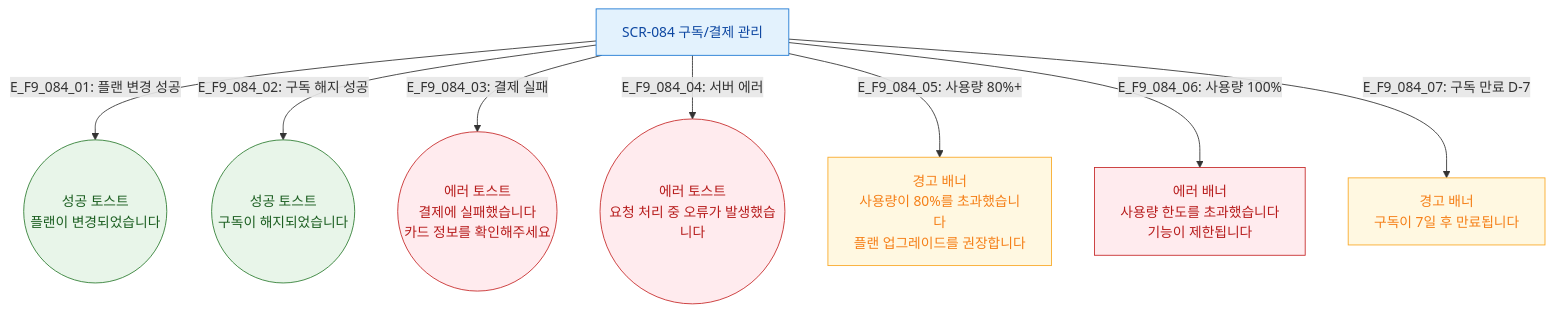
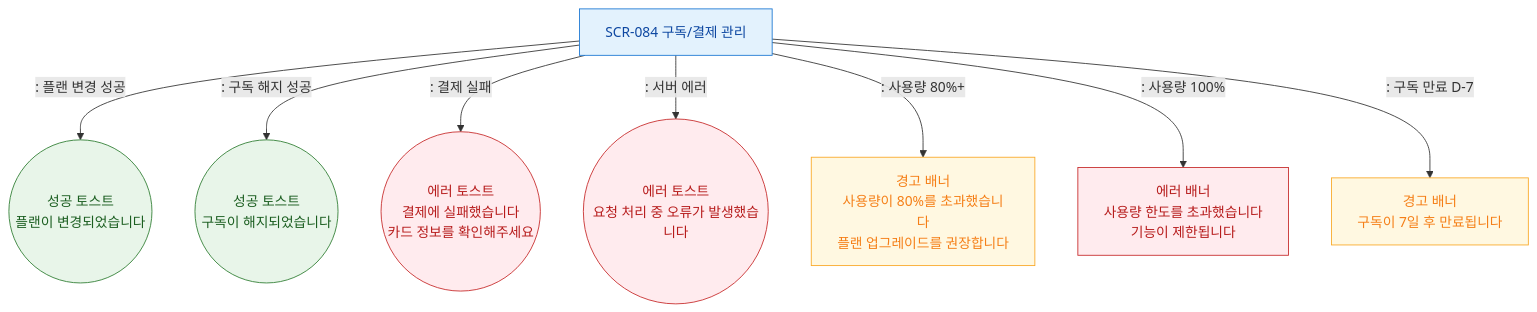
Before and after one commit to dev-spogym/admin-pando: the diagram in docs/다이어그램/D09_설정관리/SCR-084_구독결제관리/F9_토스트피드백.md, drawn with Mermaid. The commit also changed other lines of this file and 1660 other files, not shown here.

First line of the commit message:
다이어그램: 기획자/클라이언트 납품본으로 정리

````diff
--- a/docs/다이어그램/D09_설정관리/SCR-084_구독결제관리/F9_토스트피드백.md
+++ b/docs/다이어그램/D09_설정관리/SCR-084_구독결제관리/F9_토스트피드백.md
@@ -14,21 +12,21 @@
 ```mermaid
 flowchart TD
     SCR084[SCR-084 구독/결제 관리]
 
-    SCR084 -->|"E_F9_084_01: 플랜 변경 성공"| FB_PlanOK((성공 토스트\n플랜이 변경되었습니다))
-    SCR084 -->|"E_F9_084_02: 구독 해지 성공"| FB_CancelOK((성공 토스트\n구독이 해지되었습니다))
-    SCR084 -->|"E_F9_084_03: 결제 실패"| FB_PayErr((에러 토스트\n결제에 실패했습니다\n카드 정보를 확인해주세요))
-    SCR084 -->|"E_F9_084_04: 서버 에러"| FB_ServerErr((에러 토스트\n요청 처리 중 오류가 발생했습니다))
-    SCR084 -->|"E_F9_084_05: 사용량 80%+"| FB_UsageWarn[경고 배너\n사용량이 80%를 초과했습니다\n플랜 업그레이드를 권장합니다]
-    SCR084 -->|"E_F9_084_06: 사용량 100%"| FB_UsageMax[에러 배너\n사용량 한도를 초과했습니다\n기능이 제한됩니다]
-    SCR084 -->|"E_F9_084_07: 구독 만료 D-7"| FB_ExpireWarn[경고 배너\n구독이 7일 후 만료됩니다]
+    SCR084 -->|": 플랜 변경 성공"|FB_PlanOK((성공 토스트\n플랜이 변경되었습니다))
+    SCR084 -->|": 구독 해지 성공"|FB_CancelOK((성공 토스트\n구독이 해지되었습니다))
+    SCR084 -->|": 결제 실패"|FB_PayErr((에러 토스트\n결제에 실패했습니다\n카드 정보를 확인해주세요))
+    SCR084 -->|": 서버 에러"|FB_ServerErr((에러 토스트\n요청 처리 중 오류가 발생했습니다))
+    SCR084 -->|": 사용량 80%+"|FB_UsageWarn[경고 배너\n사용량이 80%를 초과했습니다\n플랜 업그레이드를 권장합니다]
+    SCR084 -->|": 사용량 100%"|FB_UsageMax[에러 배너\n사용량 한도를 초과했습니다\n기능이 제한됩니다]
+    SCR084 -->|": 구독 만료 D-7"|FB_ExpireWarn[경고 배너\n구독이 7일 후 만료됩니다]
 
     classDef screen fill:#E3F2FD,stroke:#1976D2,color:#0D47A1
     classDef success fill:#E8F5E9,stroke:#2E7D32,color:#1B5E20
     classDef error fill:#FFEBEE,stroke:#C62828,color:#B71C1C
     classDef warning fill:#FFF8E1,stroke:#F9A825,color:#F57F17
     class SCR084 screen
     class FB_PlanOK,FB_CancelOK success
     class FB_PayErr,FB_ServerErr,FB_UsageMax error
     class FB_UsageWarn,FB_ExpireWarn warning
 ```
````
